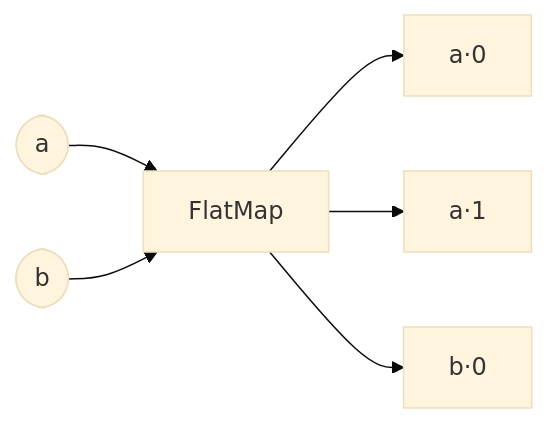
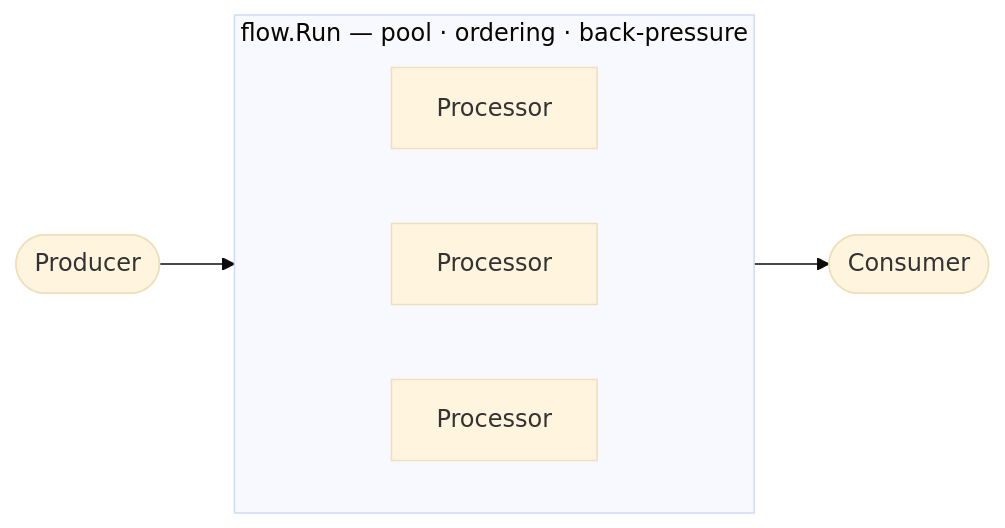
Before and after one commit to pabloos/flow: the diagram in README.md, drawn with Mermaid (base theme). The commit also changed other lines of this file and 32 other files, not shown here.

First line of the commit message:
Restructure: interface-driven API becomes the public flow package

````diff
--- a/README.md
+++ b/README.md
@@ -88,8 +31,11 @@
 ```mermaid
 flowchart LR
-    A(["a"]) --> FM["FlatMap"]
-    B(["b"]) --> FM
-    FM --> A1["a·0"]
-    FM --> A2["a·1"]
-    FM --> B1["b·0"]
+    P(["Producer"]) --> R
+    subgraph R ["flow.Run — pool · ordering · back-pressure"]
+      direction LR
+      W1["Processor"]
+      W2["Processor"]
+      W3["Processor"]
+    end
+    R --> C(["Consumer"])
 ```
````
